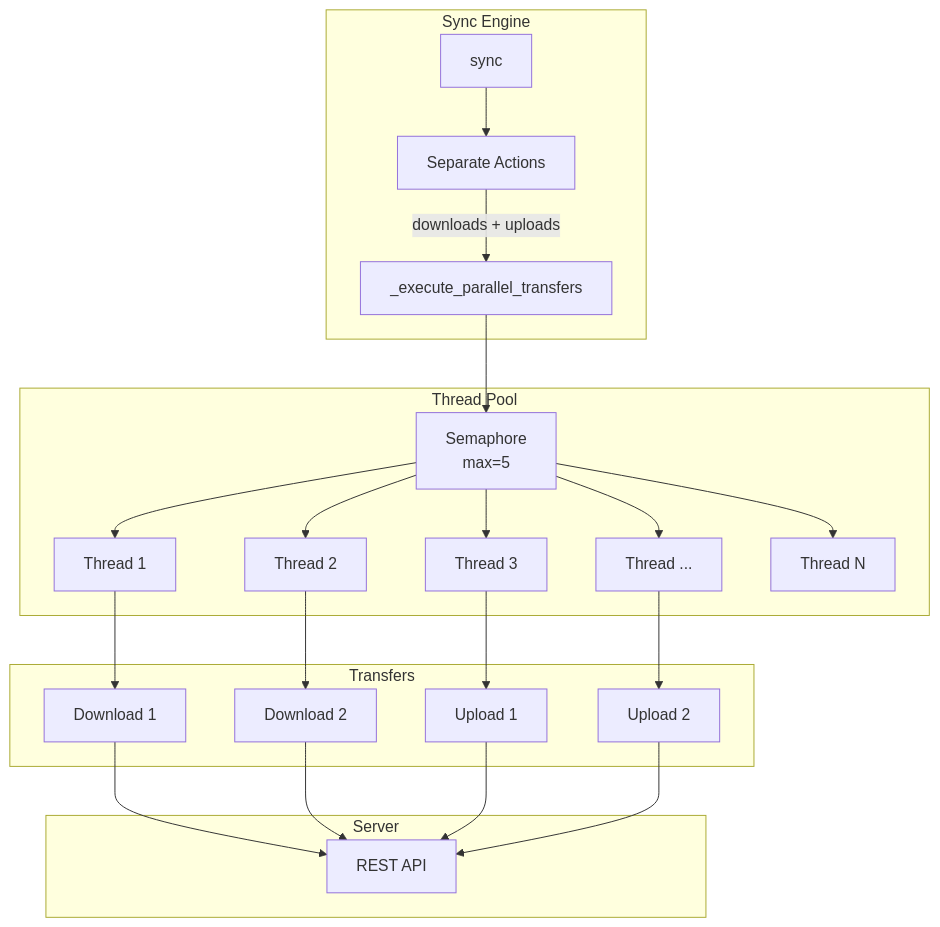
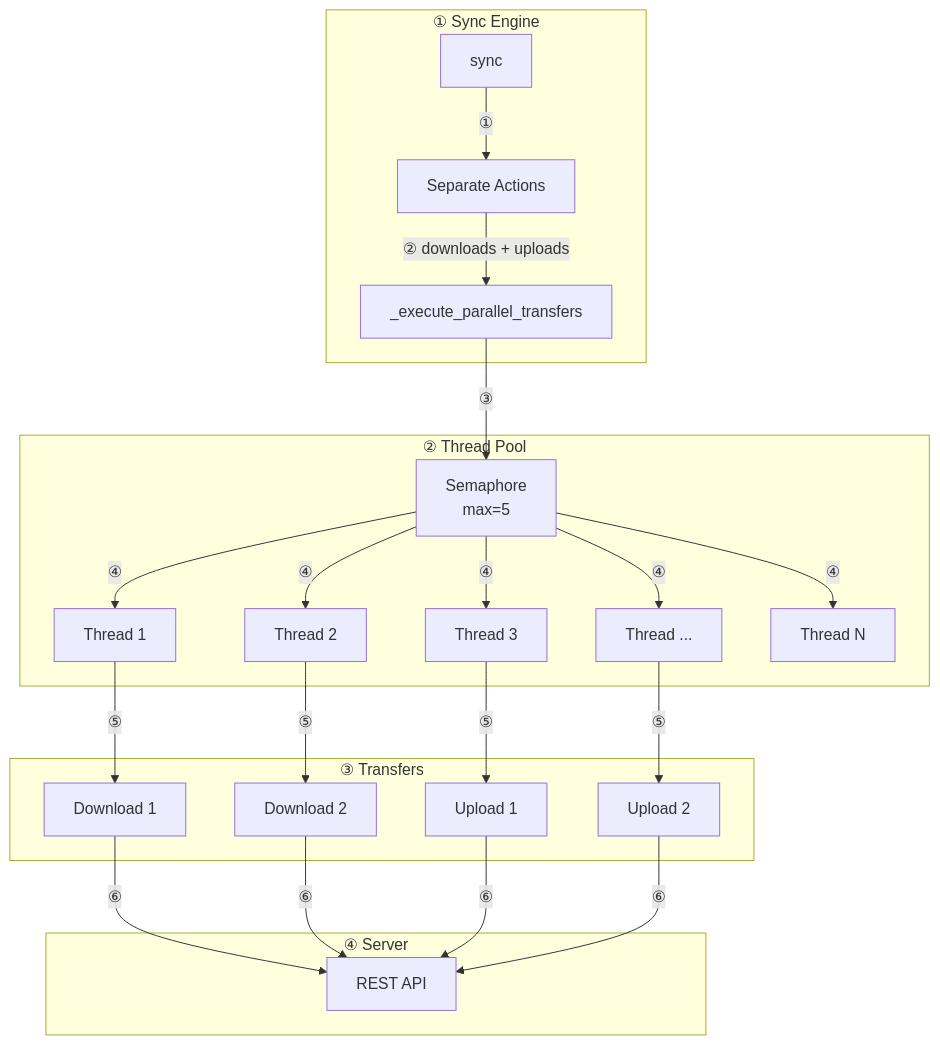
One commit to albertsdk/hsync-client changed the eighth of 8 diagrams in docs/architecture.md. Above: the diagram before and after it, drawn with Mermaid. The commit also changed other lines of this file and 21 other files, not shown here.

First line of the commit message:
Add numbered phases to documentation diagrams

````diff
--- a/docs/architecture.md
+++ b/docs/architecture.md
@@ -300,38 +301,38 @@
 ```mermaid
 flowchart TB
-    subgraph "Sync Engine"
+    subgraph "① Sync Engine"
         SYNC[sync]
         ACTIONS[Separate Actions]
         PARALLEL[_execute_parallel_transfers]
     end
 
-    subgraph "Thread Pool"
+    subgraph "② Thread Pool"
         SEM[Semaphore<br/>max=5]
         T1[Thread 1]
         T2[Thread 2]
         T3[Thread 3]
         T4[Thread ...]
         T5[Thread N]
     end
 
-    subgraph "Transfers"
+    subgraph "③ Transfers"
         D1[Download 1]
         D2[Download 2]
         U1[Upload 1]
         U2[Upload 2]
     end
 
-    subgraph "Server"
+    subgraph "④ Server"
         API[REST API]
     end
 
-    SYNC --> ACTIONS
-    ACTIONS -->|downloads + uploads| PARALLEL
-    PARALLEL --> SEM
-    SEM --> T1 & T2 & T3 & T4 & T5
-    T1 --> D1
-    T2 --> D2
-    T3 --> U1
-    T4 --> U2
-    D1 & D2 & U1 & U2 --> API
+    SYNC -->|"①"| ACTIONS
+    ACTIONS -->|"② downloads + uploads"| PARALLEL
+    PARALLEL -->|"③"| SEM
+    SEM -->|"④"| T1 & T2 & T3 & T4 & T5
+    T1 -->|"⑤"| D1
+    T2 -->|"⑤"| D2
+    T3 -->|"⑤"| U1
+    T4 -->|"⑤"| U2
+    D1 & D2 & U1 & U2 -->|"⑥"| API
 ```
````
